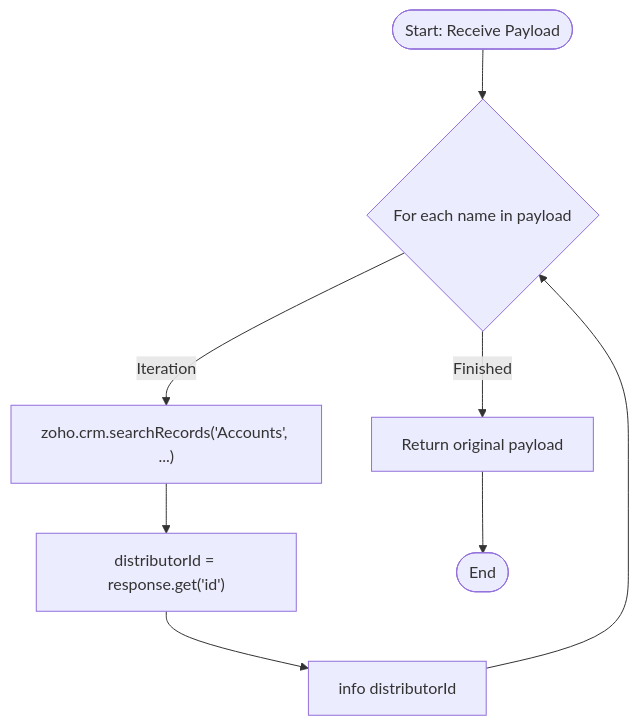
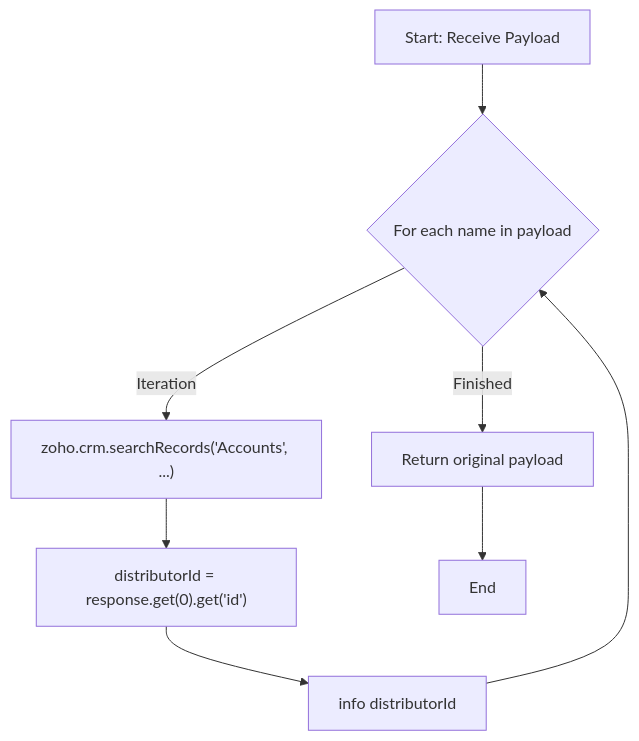
Before and after one commit to martinkp93/zoho-scripts: the diagram in scripts/delugeSendToActiveCampaignLimit/delugeSendToActiveCampaignLimit.md, drawn with Mermaid. The commit also changed other lines of this file, not shown here.

````diff
--- a/scripts/delugeSendToActiveCampaignLimit/delugeSendToActiveCampaignLimit.md
+++ b/scripts/delugeSendToActiveCampaignLimit/delugeSendToActiveCampaignLimit.md
@@ -32,10 +32,10 @@
 ```mermaid
 graph TD
-    Start(["Start: Receive Payload"]) --> LoopStart{"For each name in payload"}
+    Start["Start: Receive Payload"] --> LoopStart{"For each name in payload"}
     LoopStart -- "Iteration" --> SearchCRM["zoho.crm.searchRecords('Accounts', ...)"]
-    SearchCRM --> GetID["distributorId = response.get('id')"]
+    SearchCRM --> GetID["distributorId = response.get(0).get('id')"]
     GetID --> LogID["info distributorId"]
     LogID --> LoopStart
     LoopStart -- "Finished" --> ReturnPayload["Return original payload"]
-    ReturnPayload --> End(["End"])
+    ReturnPayload --> End["End"]
 ```
````
